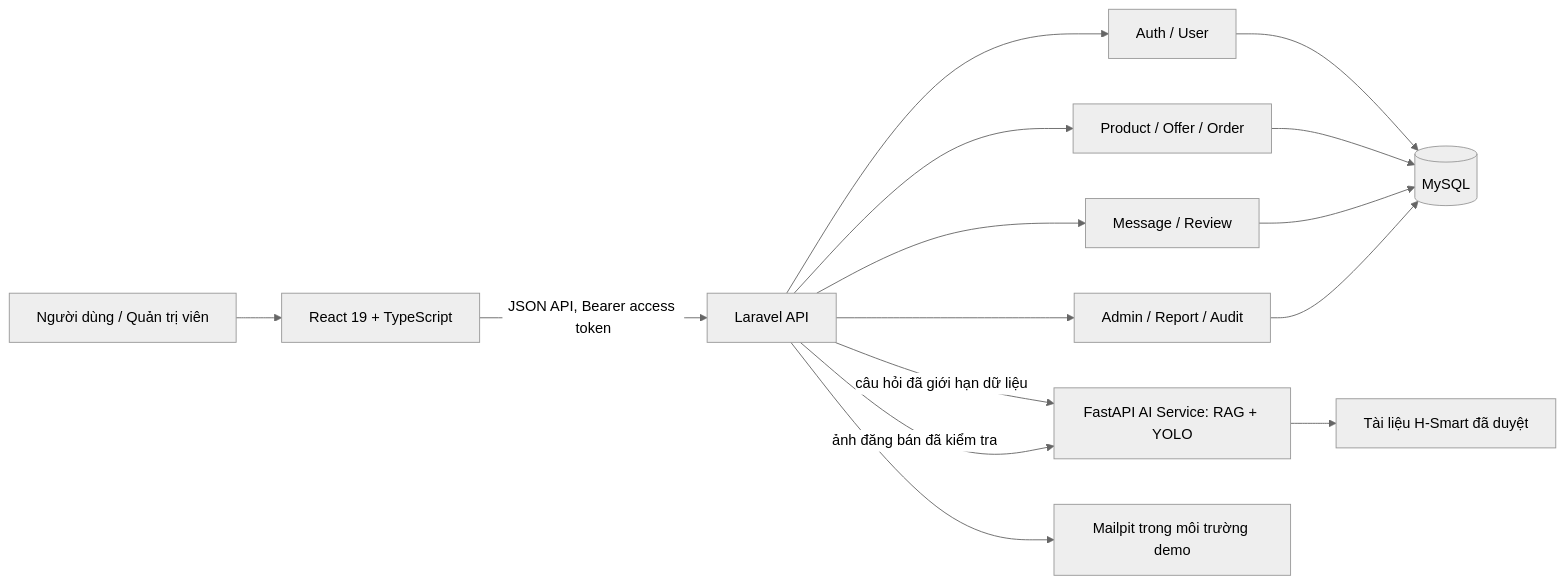
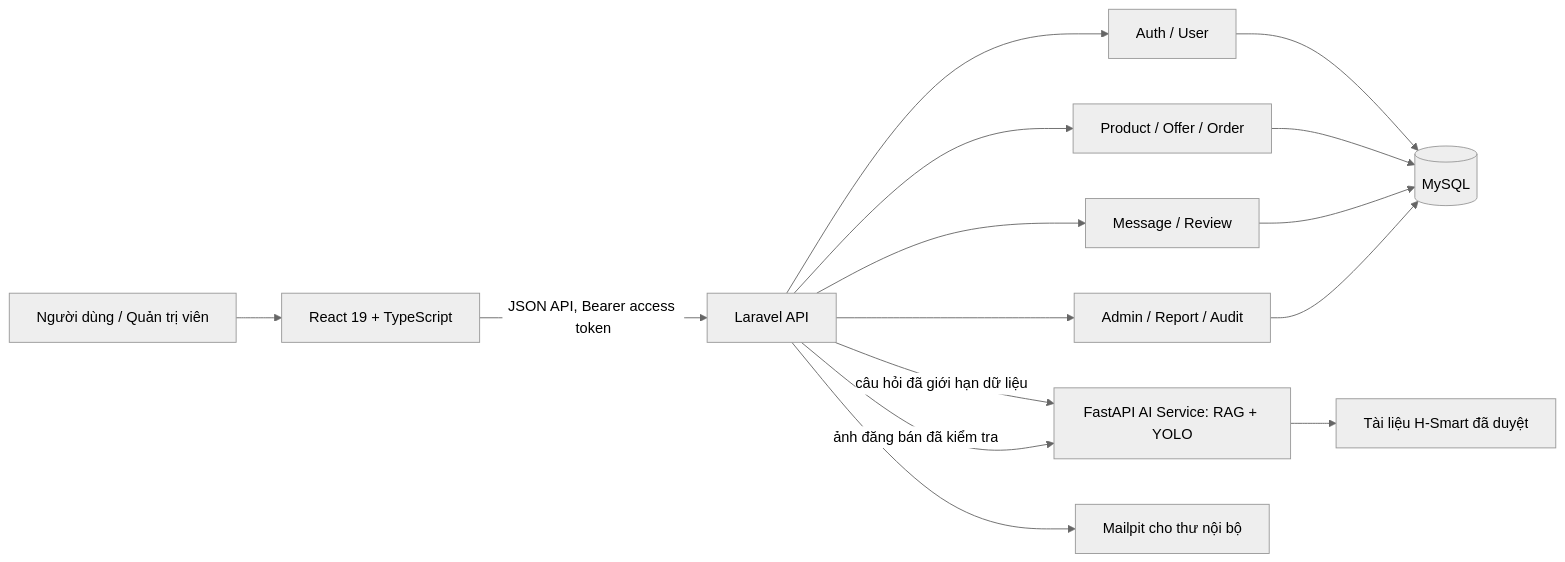
One commit to CthanhWork/H-smart-php changed the diagram in ARCHITECTURE.md. Above: the diagram before and after it, drawn with Mermaid (neutral theme). The commit also changed other lines of this file and 17 other files, not shown here.

Commit message:
Remove demo artifacts from normal app flow

````diff
--- a/ARCHITECTURE.md
+++ b/ARCHITECTURE.md
@@ -27,17 +27,17 @@
 ```mermaid
 flowchart LR
     U[Người dùng / Quản trị viên] --> FE[React 19 + TypeScript]
     FE -->|JSON API, Bearer access token| API[Laravel API]
     API --> AUTH[Auth / User]
     API --> PROD[Product / Offer / Order]
     API --> SOCIAL[Message / Review]
     API --> ADMIN[Admin / Report / Audit]
     API -->|câu hỏi đã giới hạn dữ liệu| AI[FastAPI AI Service: RAG + YOLO]
     API -->|ảnh đăng bán đã kiểm tra| AI
     AI --> KB[Tài liệu H-Smart đã duyệt]
     AUTH --> DB[(MySQL)]
     PROD --> DB
     SOCIAL --> DB
     ADMIN --> DB
-    API --> MAIL[Mailpit trong môi trường demo]
+    API --> MAIL[Mailpit cho thư nội bộ]
 ```
````
